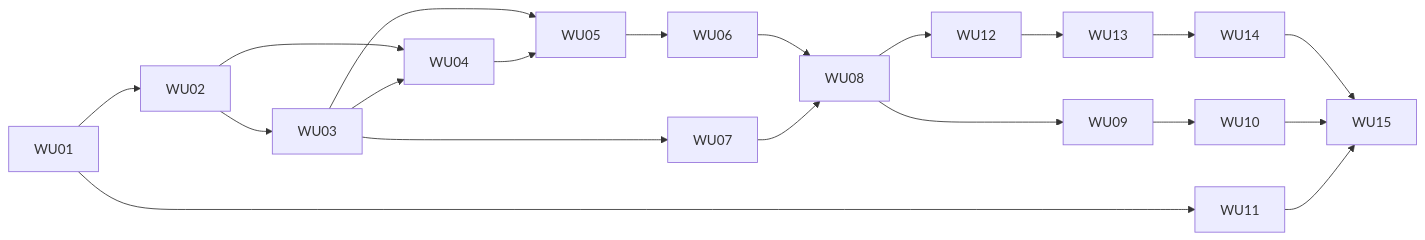
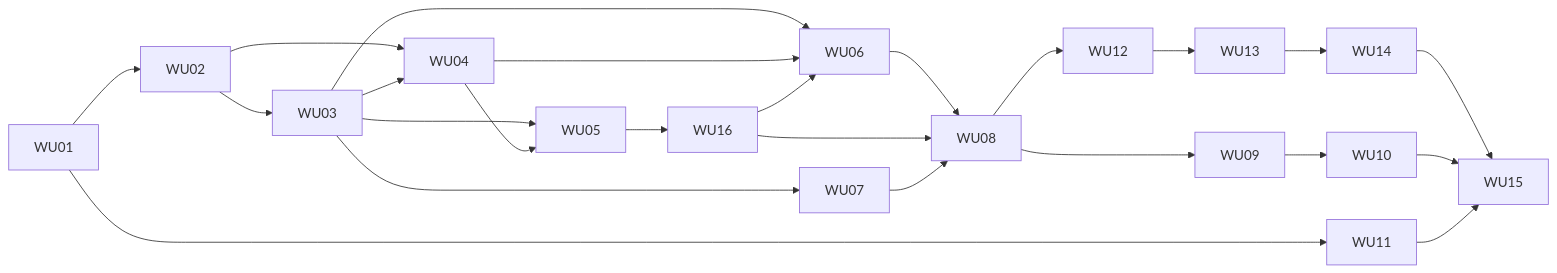
One commit to doitsu2014/my-cms changed the diagram in .aidlc/intents/use-dtech-aidlc-to-develop-the-backup-and-restor/develop/implementation-design/implementation-plan.md. Above: the diagram before and after it, drawn with Mermaid. The commit also changed other lines of this file and 170 other files, not shown here.

````diff
--- a/.aidlc/intents/use-dtech-aidlc-to-develop-the-backup-and-restor/develop/implementation-design/implementation-plan.md
+++ b/.aidlc/intents/use-dtech-aidlc-to-develop-the-backup-and-restor/develop/implementation-design/implementation-plan.md
@@ -101,22 +100,26 @@
 ```mermaid
 flowchart LR
   WU01 --> WU02
   WU01 --> WU11
   WU02 --> WU03
   WU02 --> WU04
   WU03 --> WU04
   WU03 --> WU05
   WU04 --> WU05
   WU03 --> WU07
-  WU05 --> WU06
+  WU03 --> WU06
+  WU04 --> WU06
+  WU05 --> WU16
+  WU16 --> WU06
   WU06 --> WU08
+  WU16 --> WU08
   WU07 --> WU08
   WU08 --> WU09
   WU08 --> WU12
   WU09 --> WU10
   WU12 --> WU13
   WU13 --> WU14
   WU14 --> WU15
   WU10 --> WU15
   WU11 --> WU15
 ```
````
